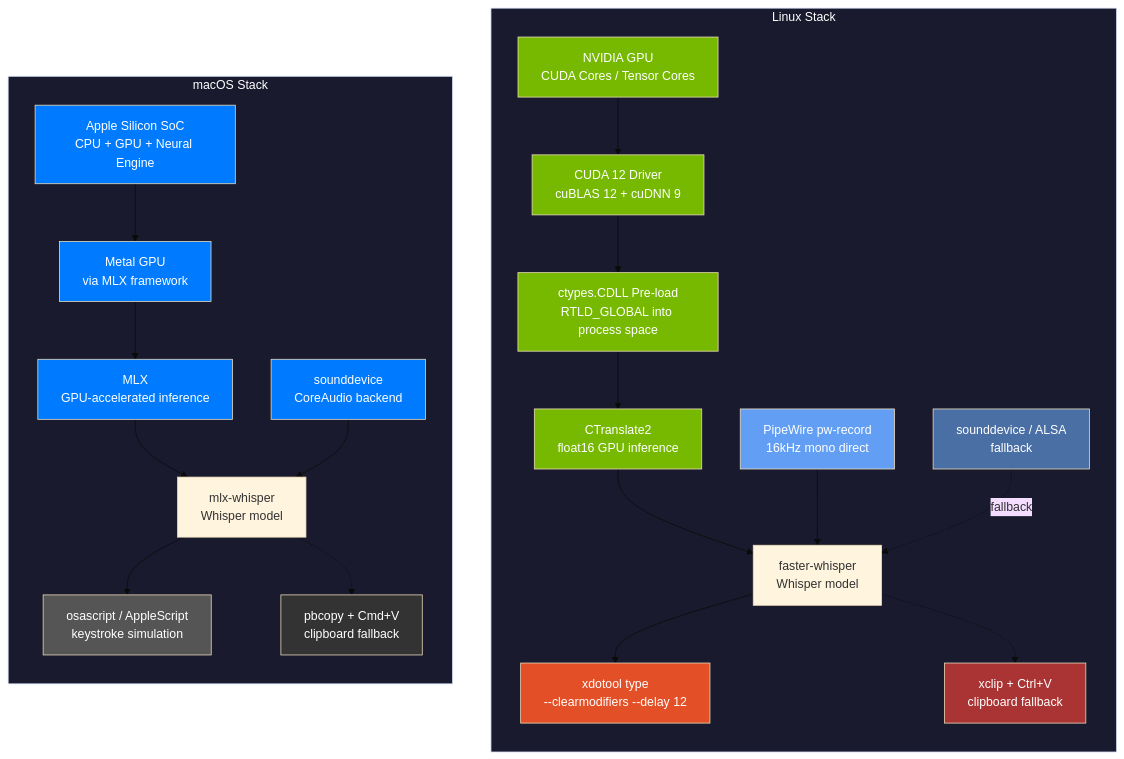
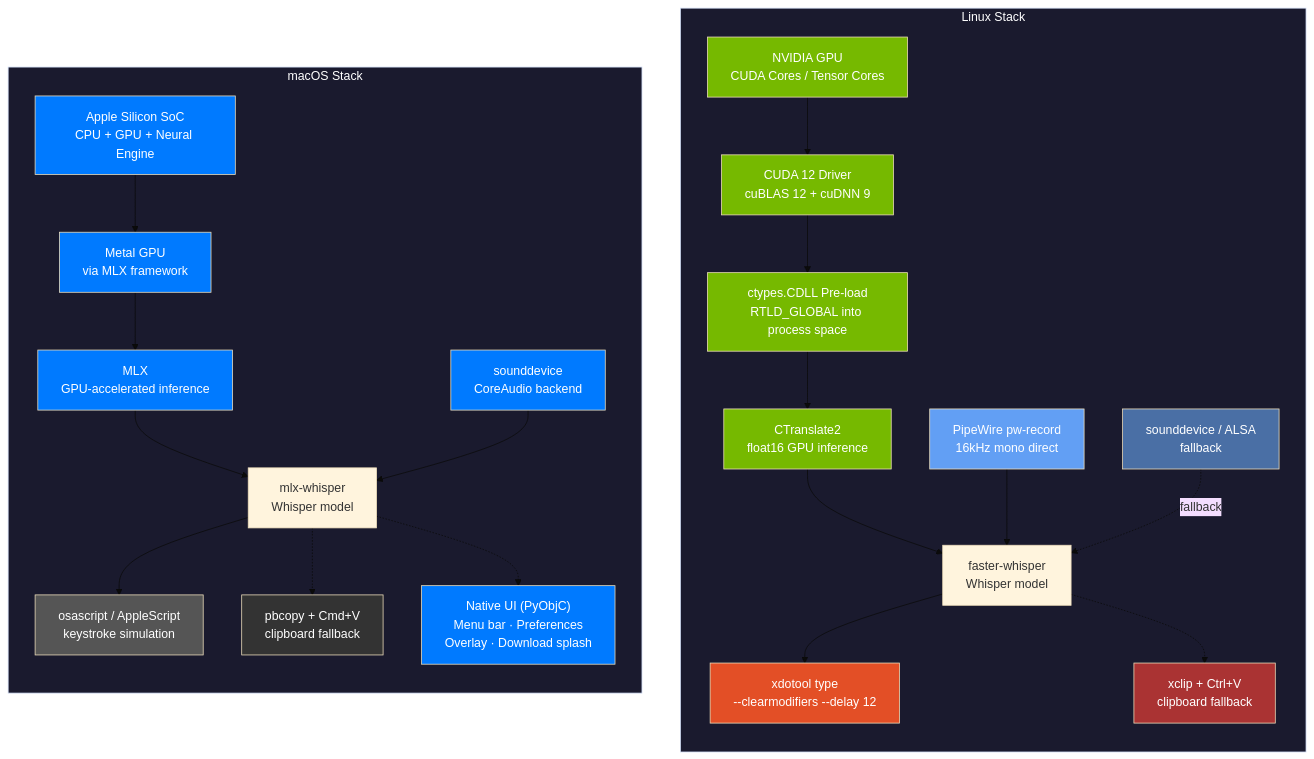
The second of 9 diagrams in docs/platform-architecture.md (lchonkan/tak), drawn with Mermaid (base theme) before and after one commit. The commit also changed other lines of this file and 6 other files, not shown here.

````diff
--- a/docs/platform-architecture.md
+++ b/docs/platform-architecture.md
@@ -58,54 +79,57 @@
 ```mermaid
 graph TB
     subgraph LINUX["Linux Stack"]
         direction TB
         L_HW["NVIDIA GPU<br/>CUDA Cores / Tensor Cores"]
         L_DRV["CUDA 12 Driver<br/>cuBLAS 12 + cuDNN 9"]
         L_PRE["ctypes.CDLL Pre-load<br/>RTLD_GLOBAL into process space"]
         L_INF["CTranslate2<br/>float16 GPU inference"]
         L_ASR["faster-whisper<br/>Whisper model"]
         L_AUDIO["PipeWire pw-record<br/>16kHz mono direct"]
         L_AUDIO_FB["sounddevice / ALSA<br/>fallback"]
         L_OUTPUT["xdotool type<br/>--clearmodifiers --delay 12"]
         L_OUTPUT_FB["xclip + Ctrl+V<br/>clipboard fallback"]
 
         L_HW --> L_DRV --> L_PRE --> L_INF --> L_ASR
         L_AUDIO --> L_ASR
         L_AUDIO_FB -.->|fallback| L_ASR
         L_ASR --> L_OUTPUT
         L_ASR -.-> L_OUTPUT_FB
     end
 
     subgraph MACOS["macOS Stack"]
         direction TB
         M_HW["Apple Silicon SoC<br/>CPU + GPU + Neural Engine"]
         M_METAL["Metal GPU<br/>via MLX framework"]
         M_INF["MLX<br/>GPU-accelerated inference"]
         M_ASR["mlx-whisper<br/>Whisper model"]
         M_AUDIO["sounddevice<br/>CoreAudio backend"]
         M_OUTPUT["osascript / AppleScript<br/>keystroke simulation"]
         M_OUTPUT_FB["pbcopy + Cmd+V<br/>clipboard fallback"]
+        M_UI["Native UI (PyObjC)<br/>Menu bar · Preferences<br/>Overlay · Download splash"]
 
         M_HW --> M_METAL --> M_INF --> M_ASR
         M_AUDIO --> M_ASR
         M_ASR --> M_OUTPUT
         M_ASR -.-> M_OUTPUT_FB
+        M_ASR -.-> M_UI
     end
 
     style LINUX fill:#1a1a2e,color:#fff
     style MACOS fill:#1a1a2e,color:#fff
     style L_HW fill:#76B900,color:#fff
     style L_DRV fill:#76B900,color:#fff
     style L_PRE fill:#76B900,color:#fff
     style L_INF fill:#76B900,color:#fff
     style M_HW fill:#007AFF,color:#fff
     style M_METAL fill:#007AFF,color:#fff
     style M_INF fill:#007AFF,color:#fff
     style L_AUDIO fill:#629FF4,color:#fff
     style L_AUDIO_FB fill:#4a6fa5,color:#fff
     style M_AUDIO fill:#007AFF,color:#fff
     style L_OUTPUT fill:#E34F26,color:#fff
     style L_OUTPUT_FB fill:#a33,color:#fff
     style M_OUTPUT fill:#555,color:#fff
     style M_OUTPUT_FB fill:#333,color:#fff
+    style M_UI fill:#007AFF,color:#fff
 ```
````
